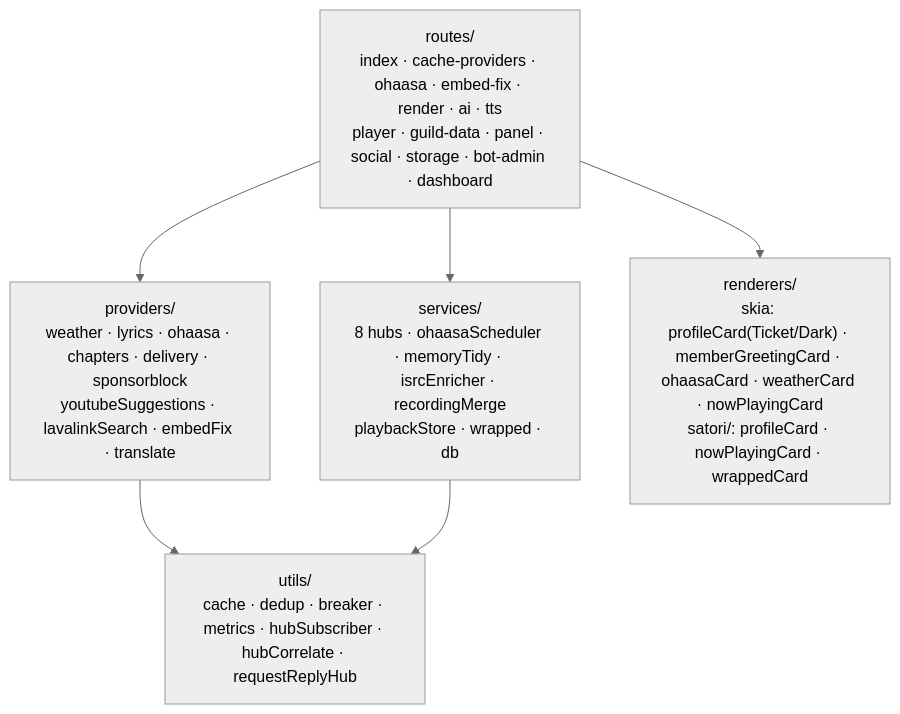
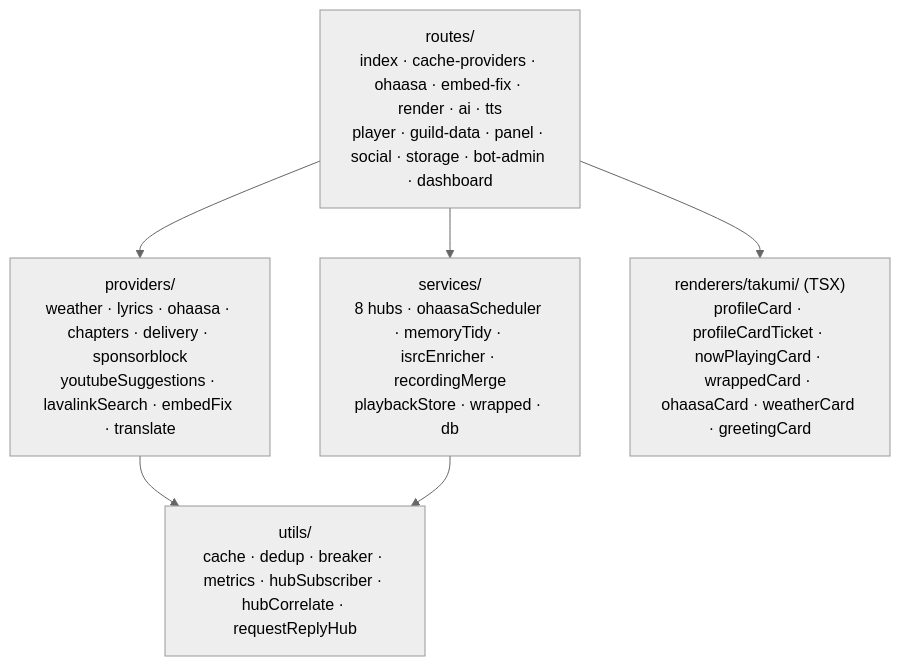
The third of 10 diagrams in docs/architecture.md (mochilabs/SiruBOT), drawn with Mermaid (neutral theme) before and after one commit. The commit also changed other lines of this file and 114 other files, not shown here.

````diff
--- a/docs/architecture.md
+++ b/docs/architecture.md
@@ -213,8 +217,8 @@
 ```mermaid
 graph TB
     R1["routes/<br/>index · cache-providers · ohaasa · embed-fix · render · ai · tts<br/>player · guild-data · panel · social · storage · bot-admin · dashboard"] --> P["providers/<br/>weather · lyrics · ohaasa · chapters · delivery · sponsorblock<br/>youtubeSuggestions · lavalinkSearch · embedFix · translate"]
     R1 --> S["services/<br/>8 hubs · ohaasaScheduler · memoryTidy · isrcEnricher · recordingMerge<br/>playbackStore · wrapped · db"]
-    R1 --> RD["renderers/<br/>skia: profileCard(Ticket/Dark) · memberGreetingCard · ohaasaCard · weatherCard · nowPlayingCard<br/>satori/: profileCard · nowPlayingCard · wrappedCard"]
+    R1 --> RD["renderers/takumi/ (TSX)<br/>profileCard · profileCardTicket · nowPlayingCard · wrappedCard · ohaasaCard · weatherCard · greetingCard"]
     P --> U["utils/<br/>cache · dedup · breaker · metrics · hubSubscriber · hubCorrelate · requestReplyHub"]
     S --> U
 ```
````
